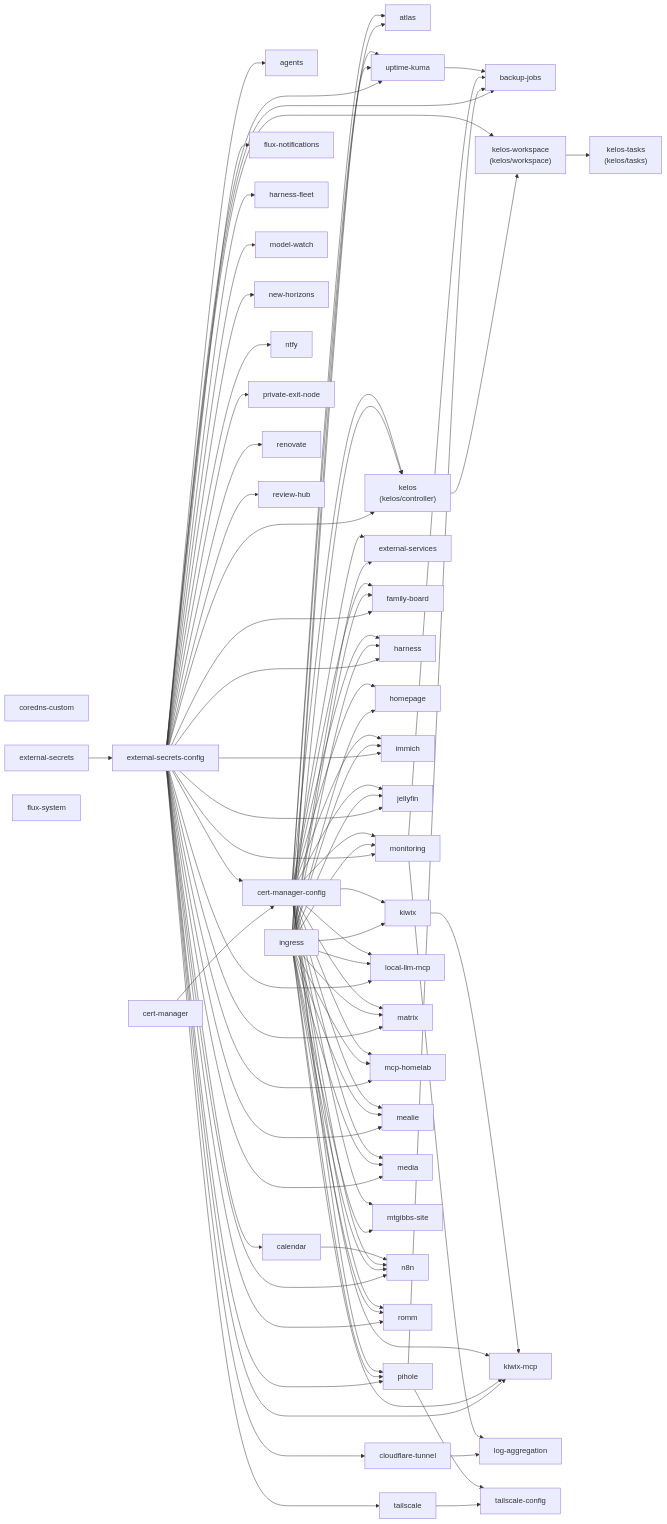
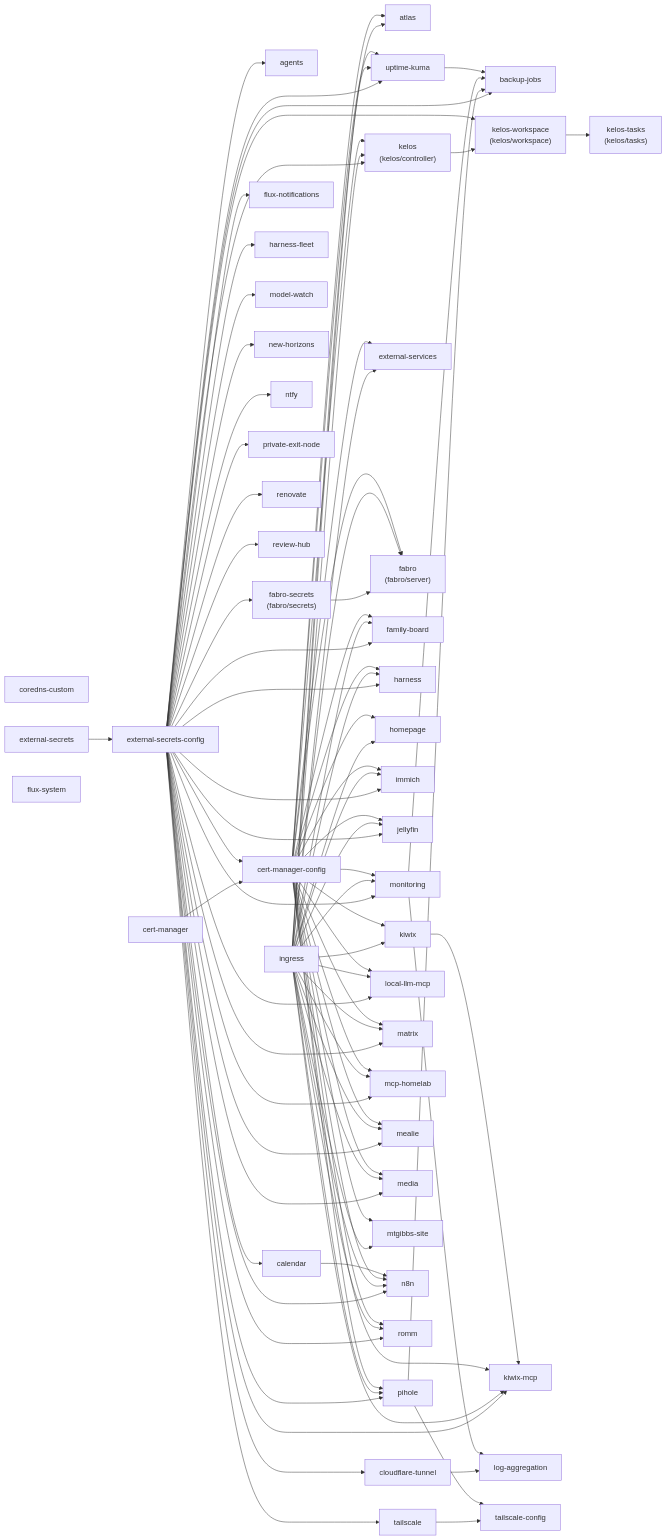
The diagram in docs/domain-map.md (mtgibbs/pi-cluster), drawn with Mermaid before and after one commit. The commit also changed other lines of this file and 26 other files, not shown here.

```diff
--- a/docs/domain-map.md
+++ b/docs/domain-map.md
@@ -74,6 +74,12 @@
   k9y7g1l["external-services"]
   kkuvy6m --> k9y7g1l
   k19g0j44 --> k9y7g1l
+  k4x6ehp["fabro<br/>(fabro/server)"]
+  k1sskdlf["fabro-secrets<br/>(fabro/secrets)"]
+  k1sskdlf --> k4x6ehp
+  kkuvy6m --> k4x6ehp
+  k19g0j44 --> k4x6ehp
+  k1unc8vb --> k1sskdlf
   k1xirz5w["family-board"]
   k1unc8vb --> k1xirz5w
   kkuvy6m --> k1xirz5w
```
